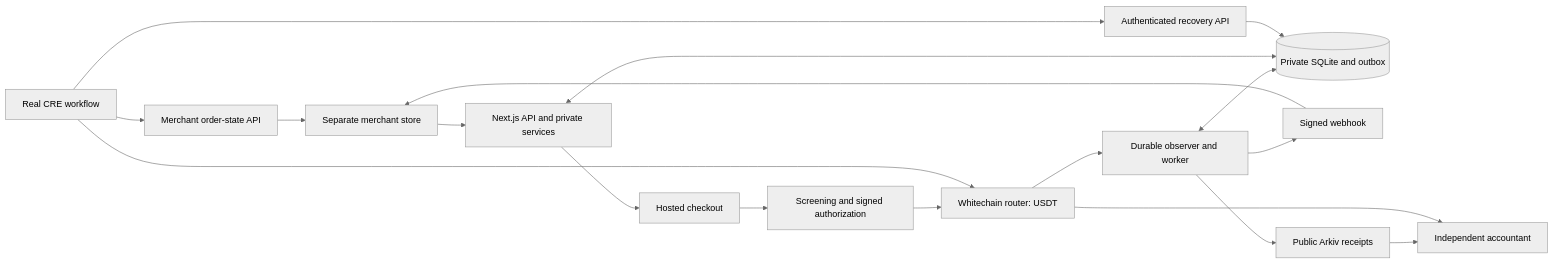
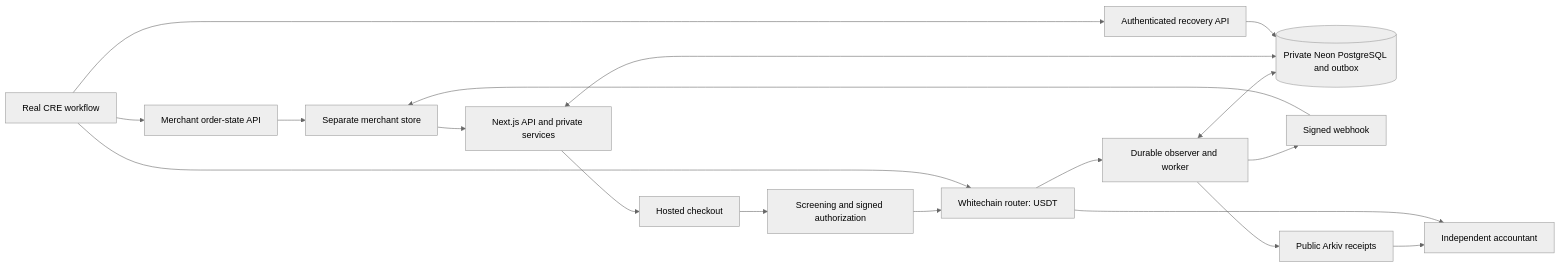
Before and after one commit to coderhormaz/SettleKit: the diagram in IMPLEMENTATION_PLAN.md, drawn with Mermaid (neutral theme). The commit also changed other lines of this file and 5 other files, not shown here.

````diff
--- a/IMPLEMENTATION_PLAN.md
+++ b/IMPLEMENTATION_PLAN.md
@@ -72,20 +75,20 @@
 ```mermaid
 flowchart LR
   Store[Separate merchant store] --> API[Next.js API and private services]
   API --> Checkout[Hosted checkout]
   Checkout --> Risk[Screening and signed authorization]
   Risk --> Router[Whitechain router: USDT]
   Router --> Worker[Durable observer and worker]
-  Worker <--> DB[(Private SQLite and outbox)]
+  Worker <--> DB[(Private Neon PostgreSQL and outbox)]
   API <--> DB
   Worker --> Hook[Signed webhook]
   Hook --> Store
   Worker --> Arkiv[Public Arkiv receipts]
   Arkiv --> Accountant[Independent accountant]
   Router --> Accountant
   CRE[Real CRE workflow] --> Router
   CRE --> OrderAPI[Merchant order-state API]
   OrderAPI --> Store
   CRE --> Recover[Authenticated recovery API]
   Recover --> DB
 ```
````
